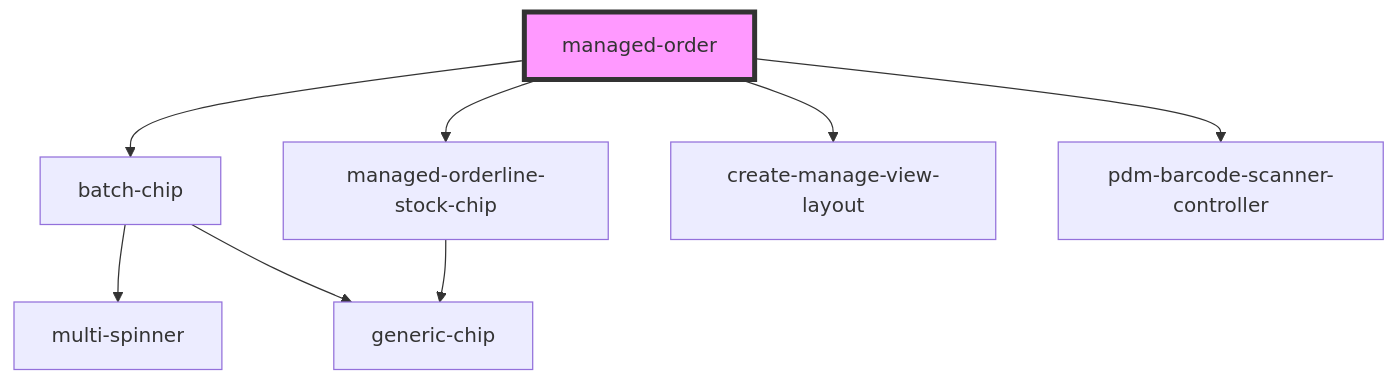
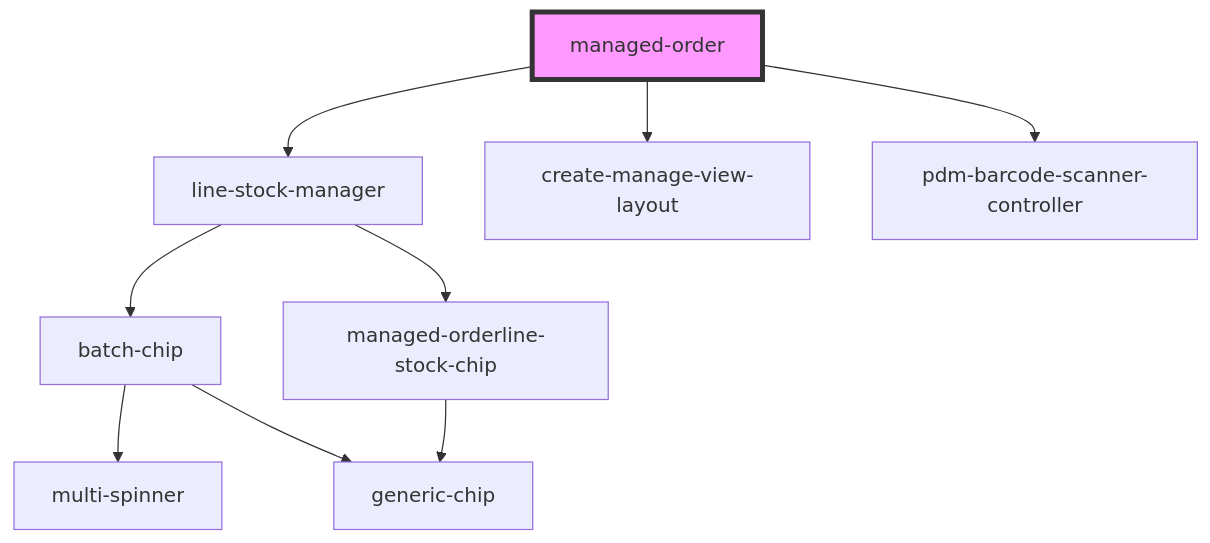
One commit to PharmaLedger-IMI/fgt-workspace changed the diagram in pdm-web-components/src/components/managed-order/readme.md. Above: the diagram before and after it, drawn with Mermaid. The commit also changed other lines of this file and 35 other files, not shown here.

````diff
--- a/pdm-web-components/src/components/managed-order/readme.md
+++ b/pdm-web-components/src/components/managed-order/readme.md
@@ -99,11 +99,12 @@
 ```mermaid
 graph TD;
-  managed-order --> batch-chip
-  managed-order --> managed-orderline-stock-chip
+  managed-order --> line-stock-manager
   managed-order --> create-manage-view-layout
   managed-order --> pdm-barcode-scanner-controller
+  line-stock-manager --> batch-chip
+  line-stock-manager --> managed-orderline-stock-chip
   batch-chip --> multi-spinner
   batch-chip --> generic-chip
   managed-orderline-stock-chip --> generic-chip
   style managed-order fill:#f9f,stroke:#333,stroke-width:4px
 ```
````
